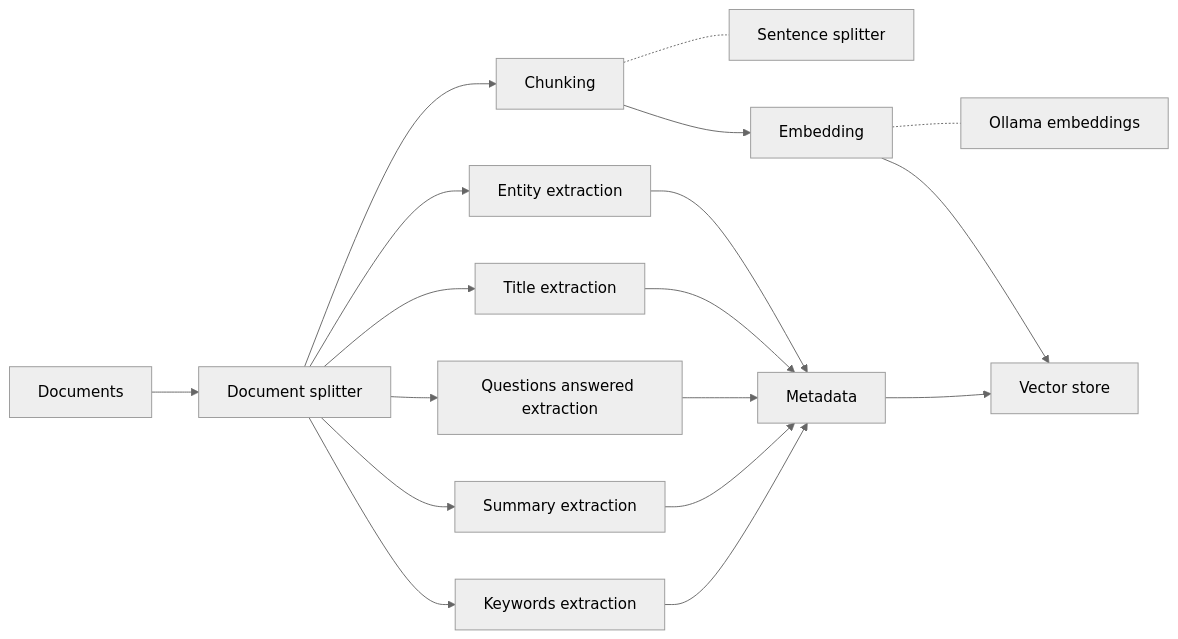
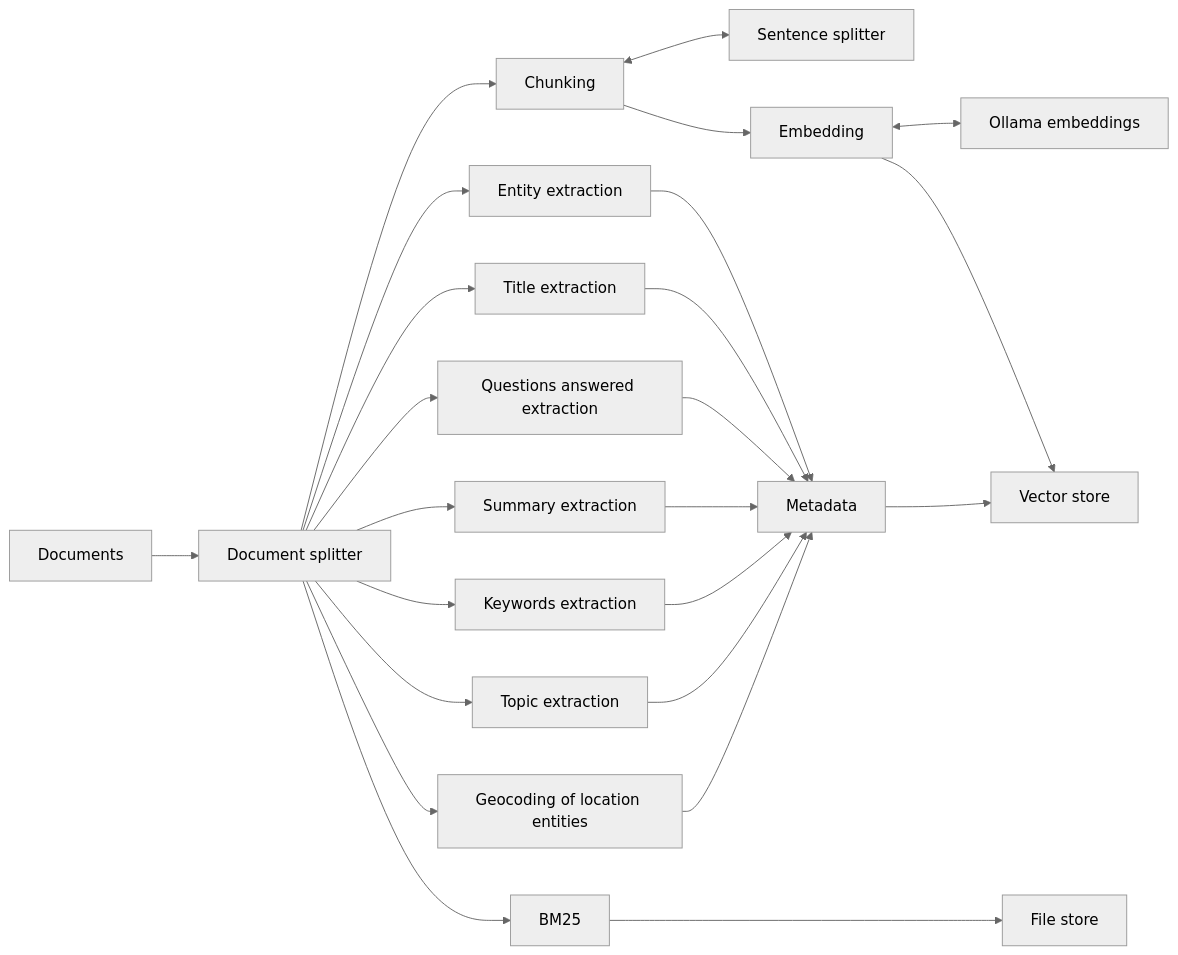
One commit to kingsdigitallab/iREAL changed the second of 3 diagrams in backend/README.md. Above: the diagram before and after it, drawn with Mermaid (neutral theme). The commit also changed other lines of this file, not shown here.

First line of the commit message:
docs(readme): add details about the metadata extractors

````diff
--- a/backend/README.md
+++ b/backend/README.md
@@ -71,20 +71,26 @@
 ```mermaid
 graph LR
     A[Documents] --> B[Document splitter]
     B --> C[Chunking]
-    C -.- C1[Sentence splitter]
+    C <--> C1[Sentence splitter]
     B --> M1[Entity extraction]
     B --> M2[Title extraction]
     B --> M3[Questions answered extraction]
     B --> M4[Summary extraction]
     B --> M5[Keywords extraction]
+    B --> M6[Topic extraction]
+    B --> M7[Geocoding of location entities]
     C --> E[Embedding]
-    E -.- O[Ollama embeddings]
+    E <--> O[Ollama embeddings]
     M1 --> M[Metadata]
-    M2 --> M[Metadata]
-    M3 --> M[Metadata]
-    M4 --> M[Metadata]
-    M5 --> M[Metadata]
+    M2 --> M
+    M3 --> M
+    M4 --> M
+    M5 --> M
+    M6 --> M
+    M7 --> M
     E --> V[Vector store]
     M --> V
+    B --> BM25
+    BM25 ---> F[File store]
 ```
````
